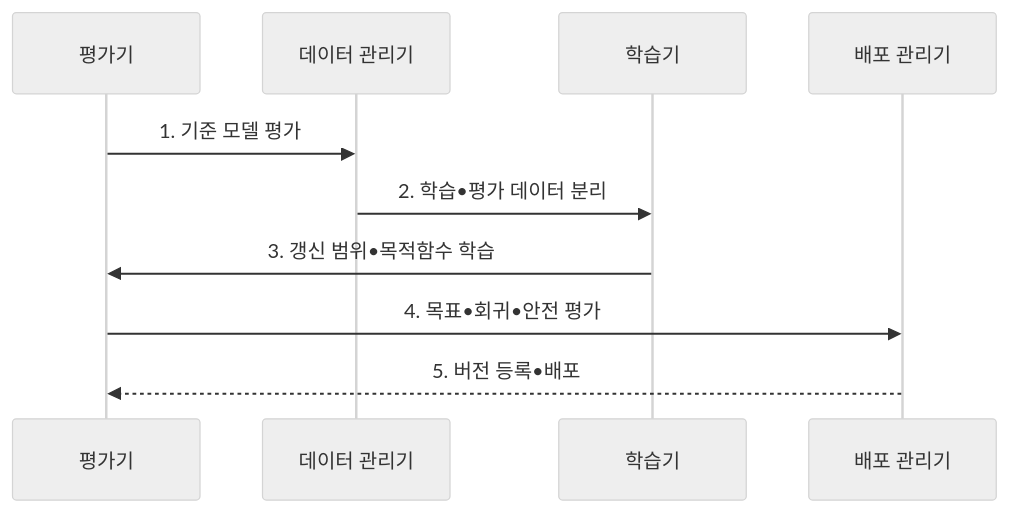
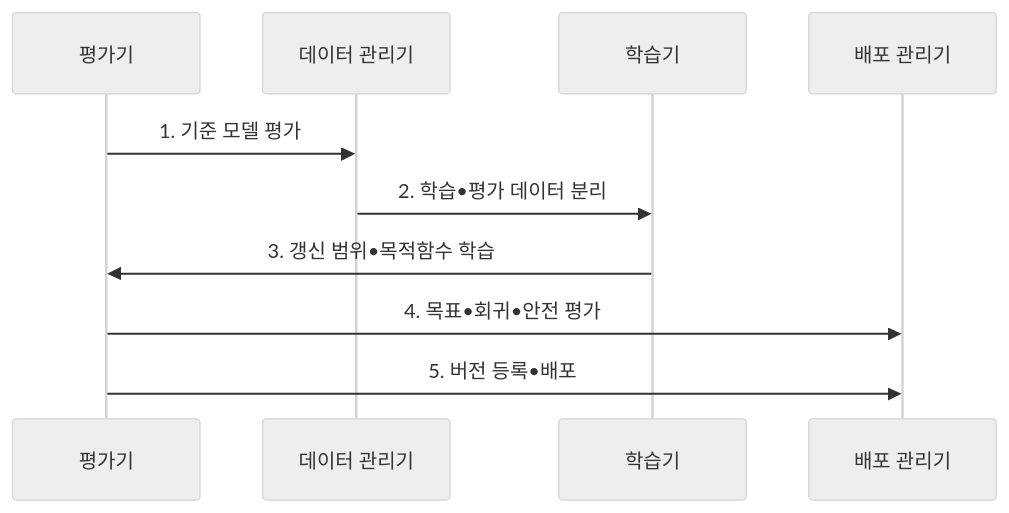
The second of 2 diagrams in src/content/docs/notes/08-latest-tech/059_fine_tuning.md (agnusdei1207/knowledge-base), drawn with Mermaid (neutral theme) before and after one commit. The commit also changed other lines of this file and 15 other files, not shown here.

````diff
--- a/src/content/docs/notes/08-latest-tech/059_fine_tuning.md
+++ b/src/content/docs/notes/08-latest-tech/059_fine_tuning.md
@@ -103,12 +103,12 @@
 ```mermaid
 sequenceDiagram
   participant E as 평가기
   participant D as 데이터 관리기
   participant T as 학습기
   participant R as 배포 관리기
   E->>D: 1. 기준 모델 평가
   D->>T: 2. 학습•평가 데이터 분리
   T->>E: 3. 갱신 범위•목적함수 학습
   E->>R: 4. 목표•회귀•안전 평가
-  R-->>E: 5. 버전 등록•배포
+  E->>R: 5. 버전 등록•배포
 ```
````
